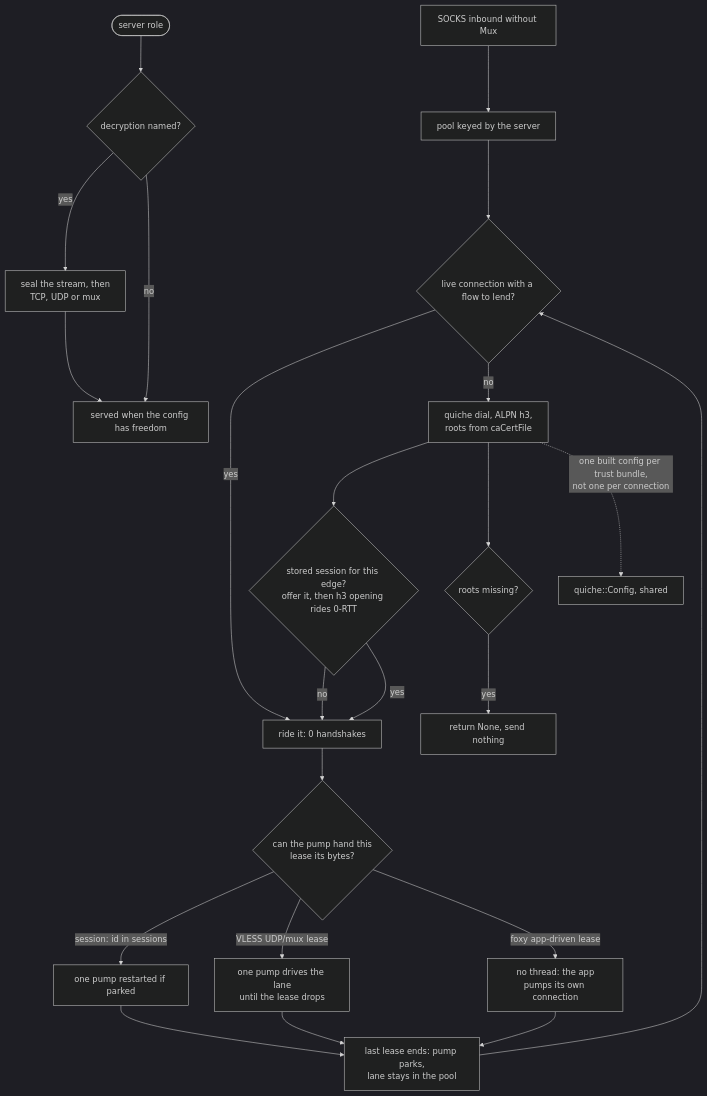
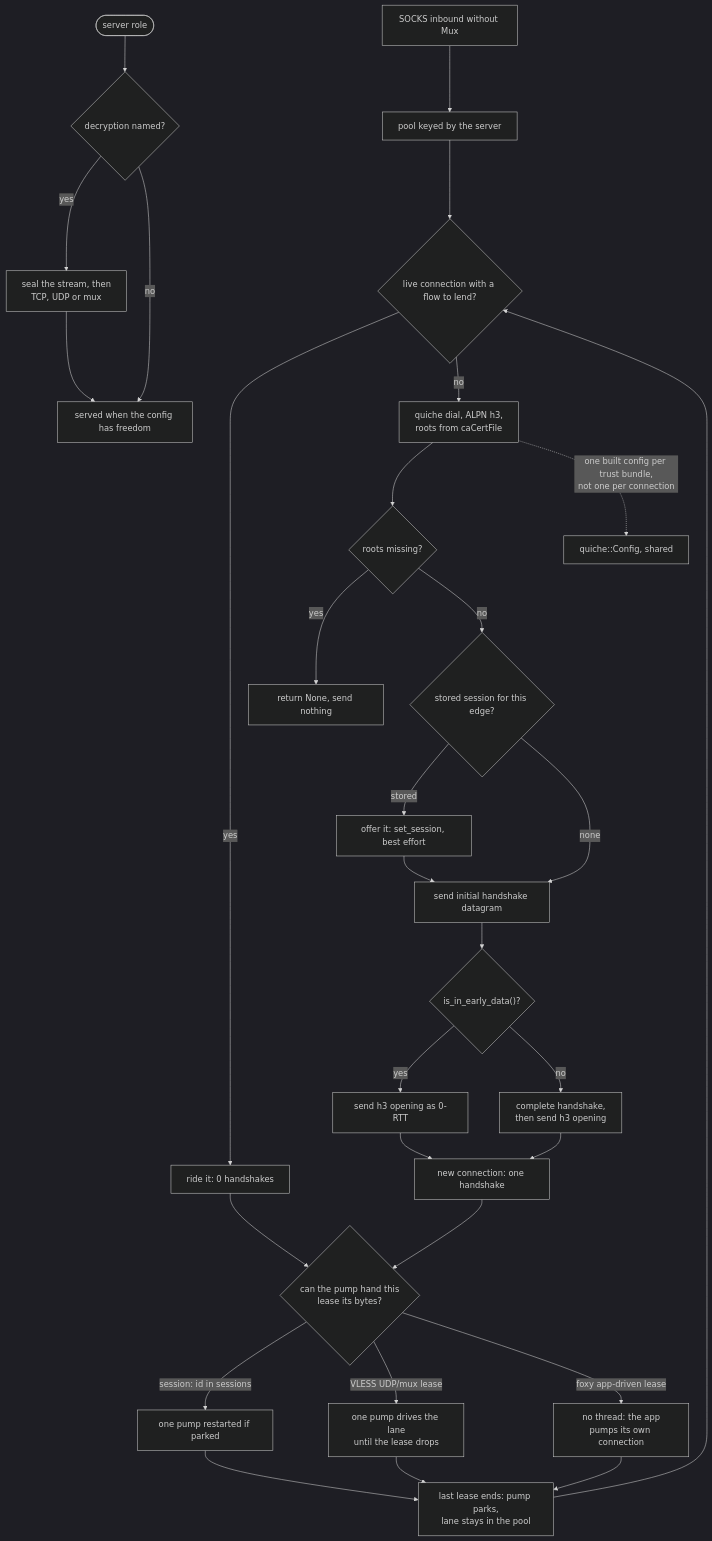
Before and after one commit to Ferrocite/ferrox: the diagram in docs/function/carrier-quic.md, drawn with Mermaid (dark theme). The commit also changed 3 other files, not shown here.

````diff
--- a/docs/function/carrier-quic.md
+++ b/docs/function/carrier-quic.md
@@ -25,25 +25,32 @@
 ```mermaid
 graph TD
     S["SOCKS inbound without Mux"] --> P["pool keyed by the server"]
     P --> Q{"live connection with a flow to lend?"}
     Q -- yes --> U["ride it: 0 handshakes"]
     Q -- no --> D["quiche dial, ALPN h3,<br/>roots from caCertFile"]
-    D --> R0{"stored session for this edge?<br/>offer it, then h3 opening rides 0-RTT"}
-    R0 -- no --> U
-    R0 -- yes --> U
+    D --> N{"roots missing?"}
+    N -- yes --> X["return None, send nothing"]
+    N -- no --> R0{"stored session for this edge?"}
+    R0 -- "stored" --> S0["offer it: set_session, best effort"]
+    R0 -- "none" --> H0["send initial handshake datagram"]
+    S0 --> H0
+    H0 --> EA{"is_in_early_data()?"}
+    EA -- yes --> EA0["send h3 opening as 0-RTT"]
+    EA -- no --> EA1["complete handshake,<br/>then send h3 opening"]
+    EA0 --> C0["new connection: one handshake"]
+    EA1 --> C0
+    C0 --> V
     U --> V{"can the pump hand this<br/>lease its bytes?"}
     V -- "session: id in sessions" --> W["one pump restarted if parked"]
     V -- "VLESS UDP/mux lease" --> W2["one pump drives the lane<br/>until the lease drops"]
     V -- "foxy app-driven lease" --> Y["no thread: the app<br/>pumps its own connection"]
     W --> K["last lease ends: pump parks,<br/>lane stays in the pool"]
     W2 --> K
     Y --> K
     K --> Q
-    D --> N{"roots missing?"}
-    N -- yes --> X["return None, send nothing"]
     D -. "one built config per trust bundle,<br/>not one per connection" .-> CF["quiche::Config, shared"]
     H(["server role"]) --> E{"decryption named?"}
     E -- yes --> ES["seal the stream, then<br/>TCP, UDP or mux"]
     E -- no --> R["served when the config has freedom"]
     ES --> R
 ```
````
